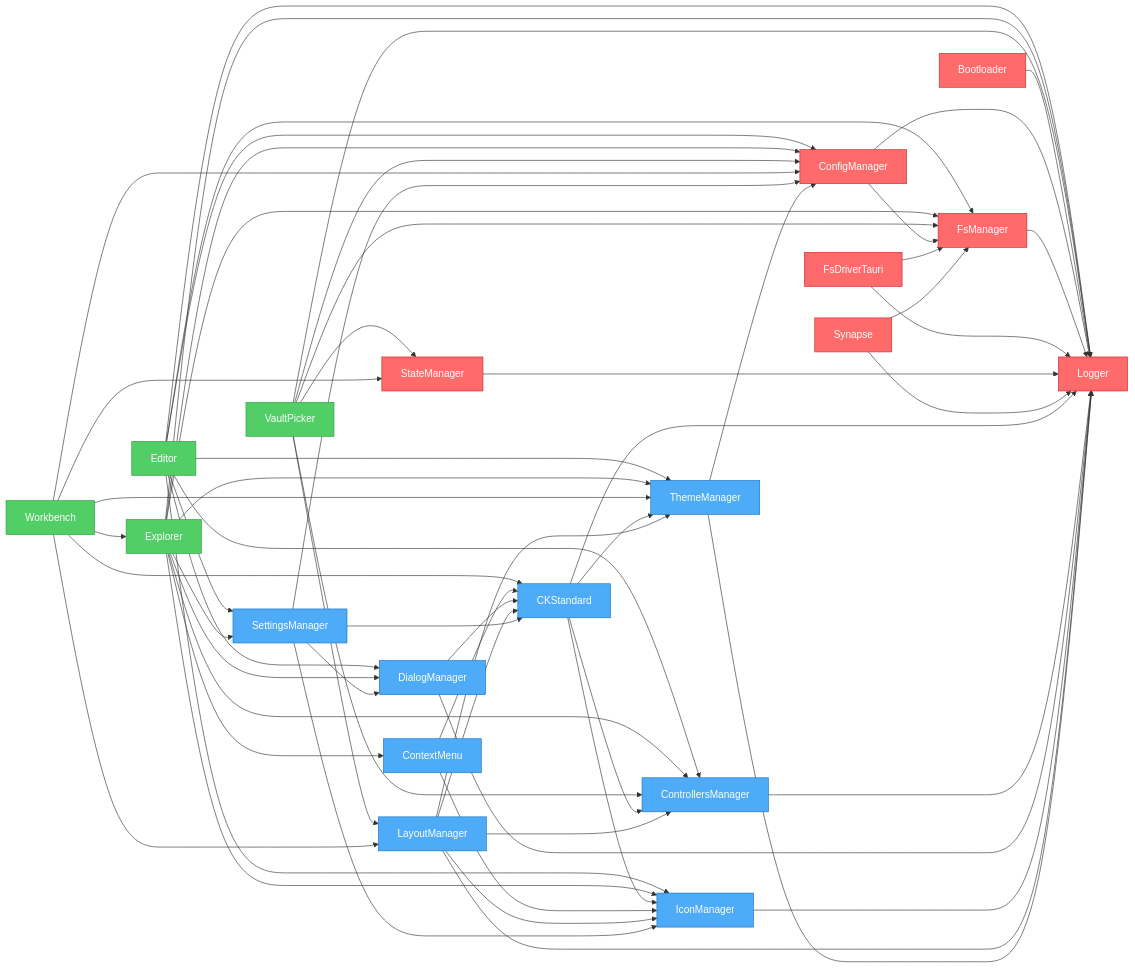
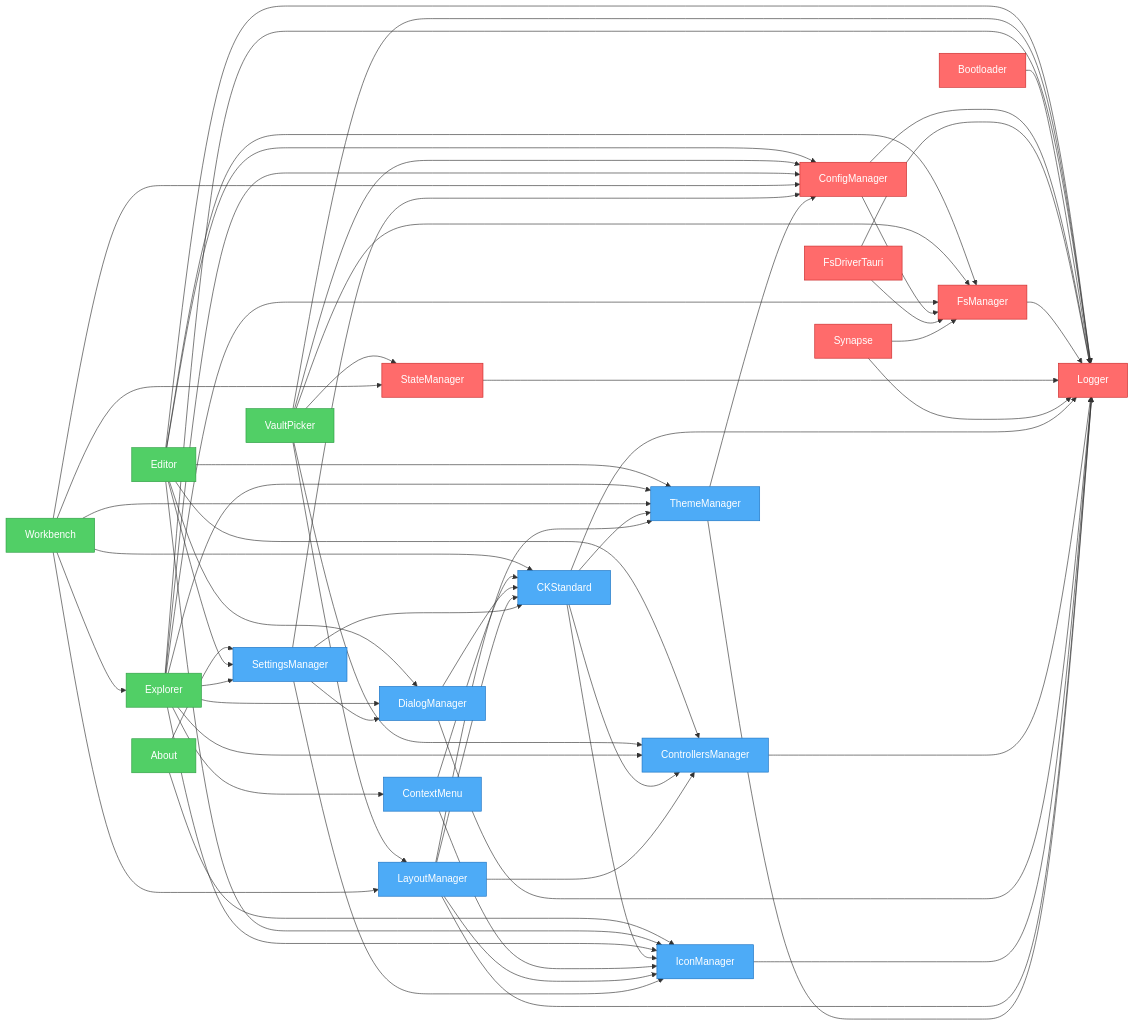
The diagram in artifacts/graph.mmd (khton-tech/notehub.md), drawn with Mermaid before and after one commit. The commit also changed 99 other files, not shown here.

```diff
--- a/artifacts/graph.mmd
+++ b/artifacts/graph.mmd
@@ -1,88 +1,91 @@
 flowchart LR
+    nh_features_about["About"]
     nh_features_editor["Editor"]
+    nh_features_vault-picker["VaultPicker"]
     nh_features_explorer["Explorer"]
-    nh_features_vault-picker["VaultPicker"]
     nh_features_workbench["Workbench"]
     nh_system_bootloader["Bootloader"]
     nh_system_config-manager["ConfigManager"]
+    nh_system_fs-driver-tauri["FsDriverTauri"]
     nh_system_fs-manager["FsManager"]
-    nh_system_fs-driver-tauri["FsDriverTauri"]
     nh_system_logger["Logger"]
     nh_system_state-manager["StateManager"]
     nh_system_synapse["Synapse"]
     nh_ui_ck-standard["CKStandard"]
     nh_ui_context-menu["ContextMenu"]
     nh_ui_controllers-manager["ControllersManager"]
     nh_ui_dialog-manager["DialogManager"]
     nh_ui_icon-manager["IconManager"]
     nh_ui_layout-manager["LayoutManager"]
     nh_ui_settings-manager["SettingsManager"]
     nh_ui_theme-manager["ThemeManager"]
+    nh_features_about --> nh_ui_settings-manager
+    nh_features_about --> nh_ui_icon-manager
     nh_features_editor --> nh_system_config-manager
     nh_features_editor --> nh_ui_settings-manager
     nh_features_editor --> nh_system_fs-manager
     nh_features_editor --> nh_system_logger
     nh_features_editor --> nh_ui_controllers-manager
     nh_features_editor --> nh_ui_dialog-manager
     nh_features_editor --> nh_ui_icon-manager
     nh_features_editor --> nh_ui_theme-manager
+    nh_features_vault-picker --> nh_system_fs-manager
+    nh_features_vault-picker --> nh_system_config-manager
+    nh_features_vault-picker --> nh_system_state-manager
+    nh_features_vault-picker --> nh_system_logger
+    nh_features_vault-picker --> nh_ui_controllers-manager
+    nh_features_vault-picker --> nh_ui_layout-manager
     nh_features_explorer --> nh_system_config-manager
     nh_features_explorer --> nh_ui_settings-manager
     nh_features_explorer --> nh_system_fs-manager
     nh_features_explorer --> nh_system_logger
     nh_features_explorer --> nh_ui_controllers-manager
     nh_features_explorer --> nh_ui_icon-manager
     nh_features_explorer --> nh_ui_theme-manager
     nh_features_explorer --> nh_ui_context-menu
     nh_features_explorer --> nh_ui_dialog-manager
-    nh_features_vault-picker --> nh_system_fs-manager
-    nh_features_vault-picker --> nh_system_config-manager
-    nh_features_vault-picker --> nh_system_state-manager
-    nh_features_vault-picker --> nh_system_logger
-    nh_features_vault-picker --> nh_ui_controllers-manager
-    nh_features_vault-picker --> nh_ui_layout-manager
     nh_features_workbench --> nh_system_config-manager
     nh_features_workbench --> nh_ui_layout-manager
     nh_features_workbench --> nh_ui_theme-manager
     nh_features_workbench --> nh_ui_ck-standard
     nh_features_workbench --> nh_system_state-manager
     nh_features_workbench --> nh_features_explorer
     nh_system_bootloader --> nh_system_logger
     nh_system_config-manager --> nh_system_logger
     nh_system_config-manager --> nh_system_fs-manager
-    nh_system_fs-manager --> nh_system_logger
     nh_system_fs-driver-tauri --> nh_system_logger
     nh_system_fs-driver-tauri --> nh_system_fs-manager
+    nh_system_fs-manager --> nh_system_logger
     nh_system_state-manager --> nh_system_logger
     nh_system_synapse --> nh_system_fs-manager
     nh_system_synapse --> nh_system_logger
     nh_ui_ck-standard --> nh_system_logger
     nh_ui_ck-standard --> nh_ui_controllers-manager
     nh_ui_ck-standard --> nh_ui_icon-manager
     nh_ui_ck-standard --> nh_ui_theme-manager
     nh_ui_context-menu --> nh_ui_icon-manager
     nh_ui_context-menu --> nh_ui_ck-standard
     nh_ui_controllers-manager --> nh_system_logger
     nh_ui_dialog-manager --> nh_system_logger
     nh_ui_dialog-manager --> nh_ui_ck-standard
     nh_ui_icon-manager --> nh_system_logger
     nh_ui_layout-manager --> nh_system_logger
     nh_ui_layout-manager --> nh_ui_theme-manager
     nh_ui_layout-manager --> nh_ui_icon-manager
     nh_ui_layout-manager --> nh_ui_controllers-manager
     nh_ui_layout-manager --> nh_ui_ck-standard
     nh_ui_settings-manager --> nh_system_config-manager
     nh_ui_settings-manager --> nh_ui_ck-standard
     nh_ui_settings-manager --> nh_ui_icon-manager
     nh_ui_settings-manager --> nh_ui_dialog-manager
     nh_ui_theme-manager --> nh_system_logger
     nh_ui_theme-manager --> nh_system_config-manager
 
     %% Styles
     classDef system fill:#ff6b6b,stroke:#c92a2a,color:#fff
     classDef ui fill:#4dabf7,stroke:#1971c2,color:#fff
     classDef feature fill:#51cf66,stroke:#2f9e44,color:#fff
+    class nh_features_about,nh_features_vault-picker feature
     class nh_features_editor,nh_features_explorer,nh_features_workbench feature
-    class nh_features_vault-picker feature
-    class nh_system_bootloader,nh_system_config-manager,nh_system_fs-manager,nh_system_fs-driver-tauri,nh_system_logger,nh_system_state-manager,nh_system_synapse system
+    class nh_system_bootloader,nh_system_config-manager,nh_system_fs-driver-tauri,nh_system_fs-manager,nh_system_logger,nh_system_state-manager,nh_system_synapse system
     class nh_ui_ck-standard,nh_ui_context-menu,nh_ui_controllers-manager,nh_ui_dialog-manager,nh_ui_icon-manager,nh_ui_layout-manager,nh_ui_settings-manager,nh_ui_theme-manager ui
```
